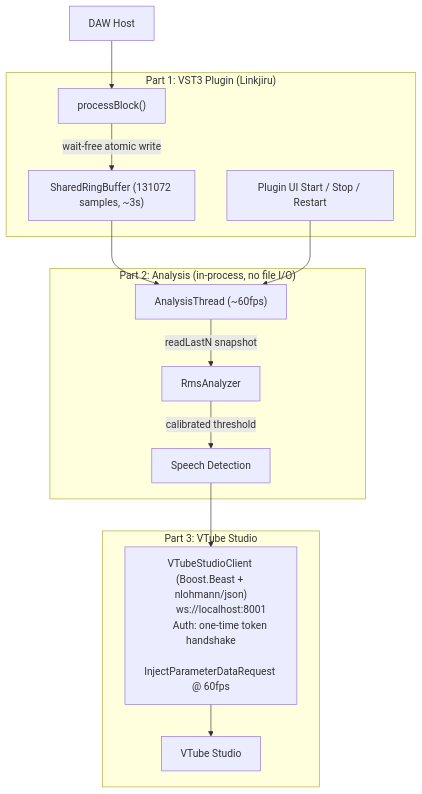
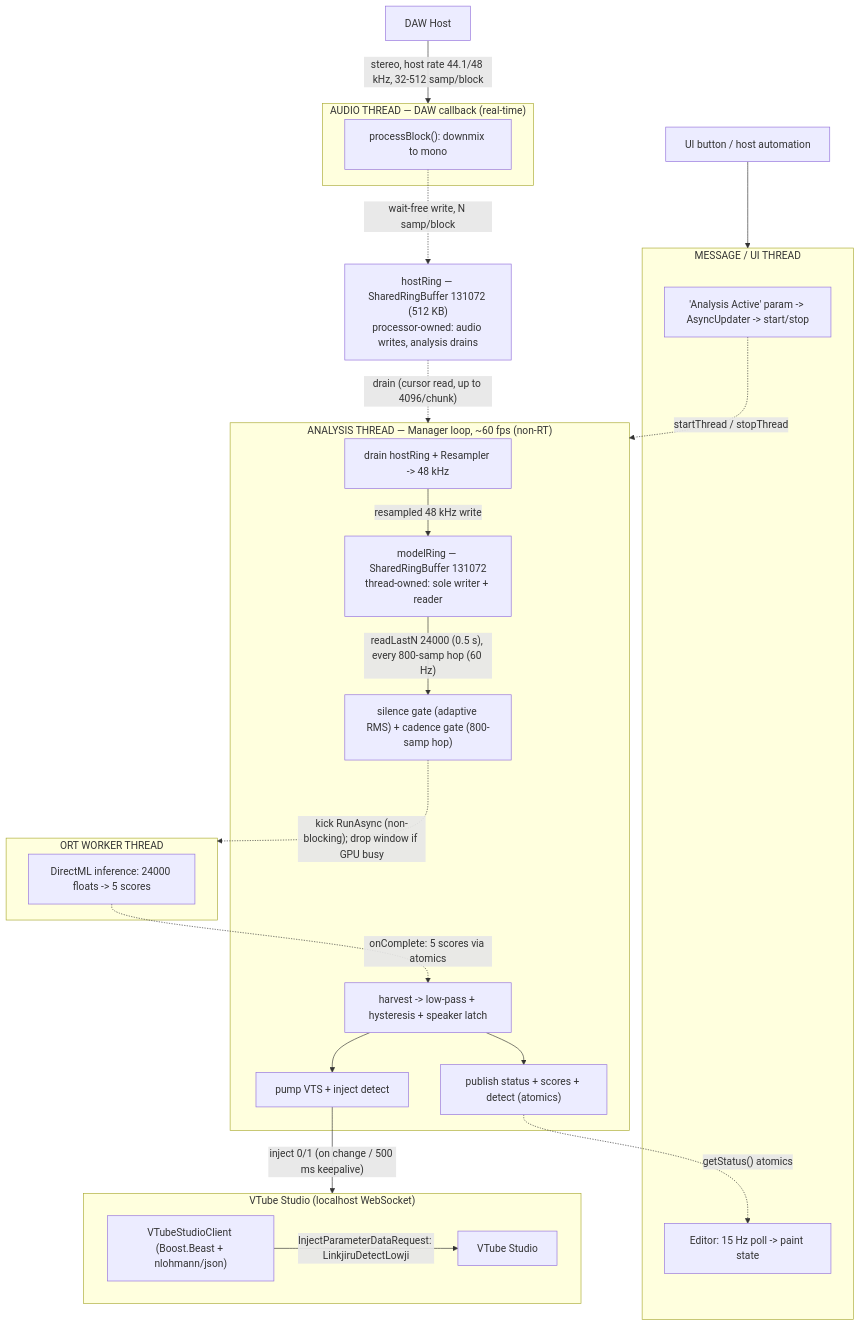
The diagram in cpp_impl/README.md (Baji-Diarization-Project/bajiru-speaker-recognition), drawn with Mermaid before and after one commit. The commit also changed other lines of this file and 40 other files, not shown here.

First line of the commit message:
Feat/model impl vst3 pipelining (#12)

````diff
--- a/cpp_impl/README.md
+++ b/cpp_impl/README.md
@@ -4,28 +8,50 @@
 ```mermaid
 flowchart TD
-    DAW["DAW Host"] --> PB
+    DAW["DAW Host"]
+    CTRL["UI button / host automation"]
 
-    subgraph Part1["Part 1: VST3 Plugin (Linkjiru)"]
-        PB["processBlock()"]
-        PB -->|"wait-free atomic write"| RB["SharedRingBuffer (131072 samples, ~3s)"]
-        UI["Plugin UI Start / Stop / Restart"]
+    subgraph AUD["AUDIO THREAD — DAW callback (real-time)"]
+        PB["processBlock(): downmix to mono"]
     end
 
-    subgraph Part2["Part 2: Analysis (in-process, no file I/O)"]
-        AT["AnalysisThread (~60fps)"] -->|"readLastN snapshot"| RMS["RmsAnalyzer"]
-        RMS -->|"calibrated threshold"| SPEECH["Speech Detection"]
+    HR["hostRing — SharedRingBuffer 131072 (512 KB)<br/>processor-owned: audio writes, analysis drains"]
+
+    subgraph ANA["ANALYSIS THREAD — Manager loop, ~60 fps (non-RT)"]
+        RS["drain hostRing + Resampler -> 48 kHz"]
+        MR["modelRing — SharedRingBuffer 131072<br/>thread-owned: sole writer + reader"]
+        GATE["silence gate (adaptive RMS) + cadence gate (800-samp hop)"]
+        HARV["harvest -> low-pass + hysteresis + speaker latch"]
+        VP["pump VTS + inject detect"]
+        PUB["publish status + scores + detect (atomics)"]
     end
 
-    subgraph Part3["Part 3: VTube Studio"]
-        WS["VTubeStudioClient (Boost.Beast + nlohmann/json)
-        ws://localhost:8001
-        Auth: one-time token handshake
-        InjectParameterDataRequest @ 60fps"]
-        VTS["VTube Studio"]
-        WS --> VTS
+    subgraph ORTT["ORT WORKER THREAD"]
+        INF["DirectML inference: 24000 floats -> 5 scores"]
     end
 
-    RB --> AT
-    UI --> AT
-    SPEECH --> WS
+    subgraph MSG["MESSAGE / UI THREAD"]
+        RECON["'Analysis Active' param -> AsyncUpdater -> start/stop"]
+        ED["Editor: 15 Hz poll -> paint state"]
+    end
+
+    subgraph VTSG["VTube Studio (localhost WebSocket)"]
+        WS["VTubeStudioClient (Boost.Beast + nlohmann/json)"]
+        VTS["VTube Studio"]
+    end
+
+    DAW -->|"stereo, host rate 44.1/48 kHz, 32-512 samp/block"| AUD
+    PB -.->|"wait-free write, N samp/block"| HR
+    HR -.->|"drain (cursor read, up to 4096/chunk)"| ANA
+    RS -->|"resampled 48 kHz write"| MR
+    MR -->|"readLastN 24000 (0.5 s), every 800-samp hop (60 Hz)"| GATE
+    GATE -.->|"kick RunAsync (non-blocking); drop window if GPU busy"| ORTT
+    INF -.->|"onComplete: 5 scores via atomics"| HARV
+    HARV --> VP
+    HARV --> PUB
+    VP -->|"inject 0/1 (on change / 500 ms keepalive)"| VTSG
+    WS -->|"InjectParameterDataRequest: LinkjiruDetectLowji"| VTS
+
+    CTRL --> MSG
+    RECON -.->|"startThread / stopThread"| ANA
+    PUB -.->|"getStatus() atomics"| ED
 ```
````
